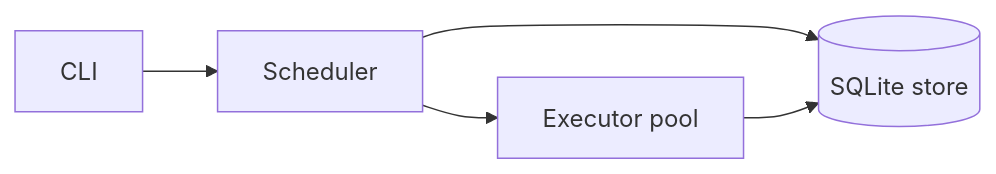
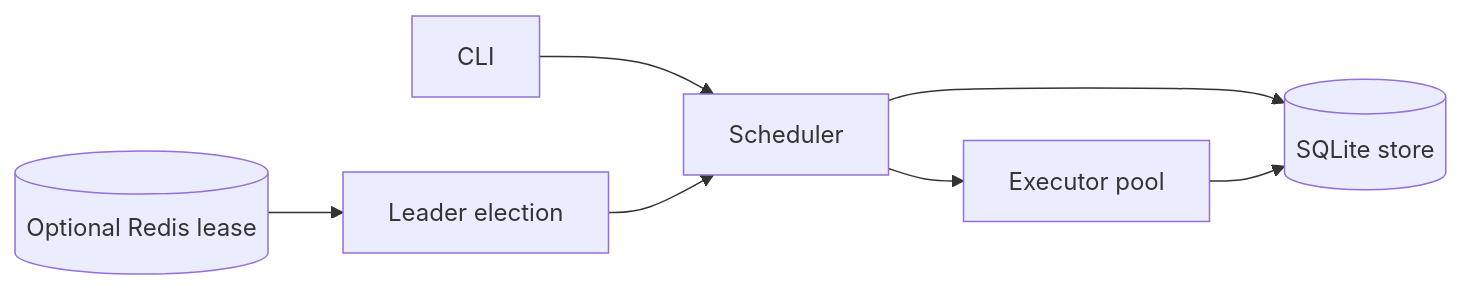
One commit to AqViolet/aqs-schedular changed the diagram in README.md. Above: the diagram before and after it, drawn with Mermaid. The commit also changed other lines of this file and 7 other files, not shown here.

Commit message:
feat: add redis leader election

````diff
--- a/README.md
+++ b/README.md
@@ -32,7 +32,9 @@
 ```mermaid
 flowchart LR
     CLI[CLI] --> Scheduler[Scheduler]
+    Redis[(Optional Redis lease)] --> Leader[Leader election]
+    Leader --> Scheduler
     Scheduler --> Executor[Executor pool]
     Scheduler --> Store[(SQLite store)]
     Executor --> Store
 ```
````
